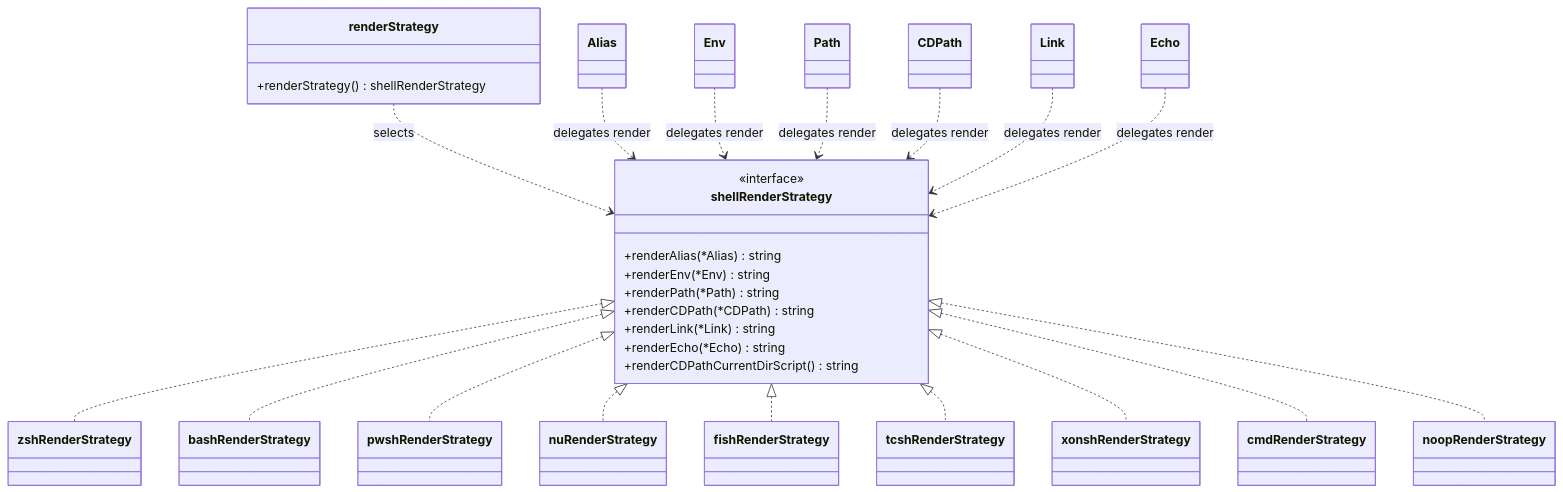
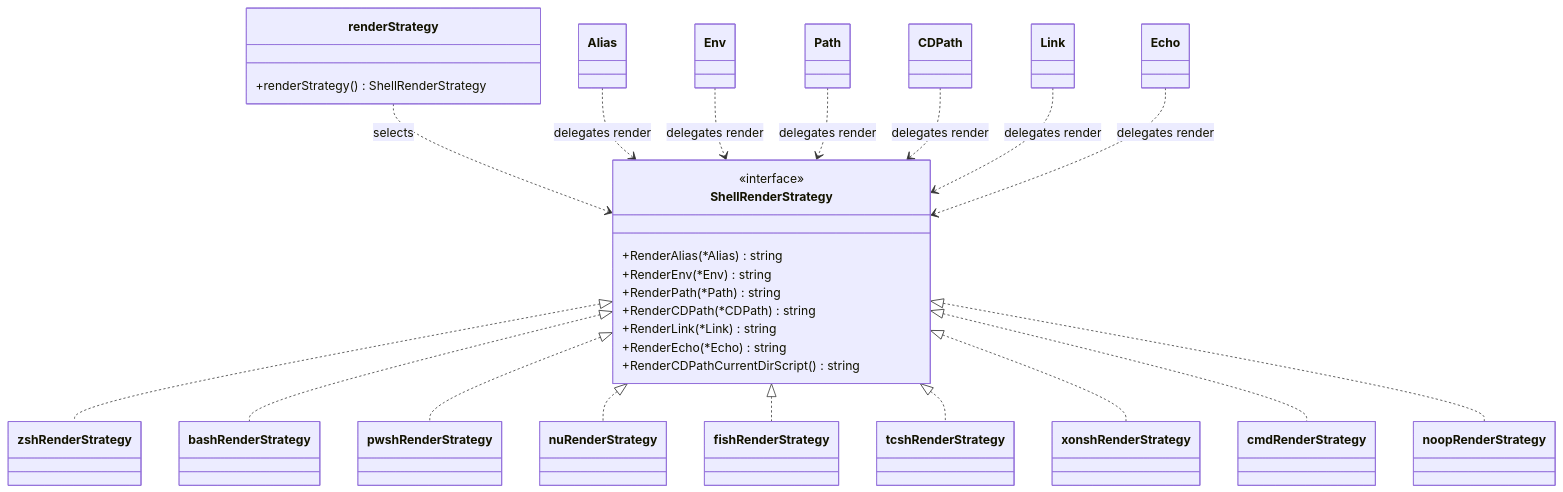
Before and after one commit to trajano/aliae: the first of 2 diagrams in website/docs/introduction.mdx, drawn with Mermaid. The commit also changed other lines of this file and 17 other files, not shown here.

Commit message:
refactor: expose shell render strategy API

````diff
--- a/website/docs/introduction.mdx
+++ b/website/docs/introduction.mdx
@@ -83,52 +83,52 @@
 ```mermaid
 classDiagram
     class renderStrategy {
-      +renderStrategy() shellRenderStrategy
+      +renderStrategy() ShellRenderStrategy
     }
 
-    class shellRenderStrategy {
+    class ShellRenderStrategy {
       <<interface>>
-      +renderAlias(*Alias) string
-      +renderEnv(*Env) string
-      +renderPath(*Path) string
-      +renderCDPath(*CDPath) string
-      +renderLink(*Link) string
-      +renderEcho(*Echo) string
-      +renderCDPathCurrentDirScript() string
+      +RenderAlias(*Alias) string
+      +RenderEnv(*Env) string
+      +RenderPath(*Path) string
+      +RenderCDPath(*CDPath) string
+      +RenderLink(*Link) string
+      +RenderEcho(*Echo) string
+      +RenderCDPathCurrentDirScript() string
     }
 
     class zshRenderStrategy
     class bashRenderStrategy
     class pwshRenderStrategy
     class nuRenderStrategy
     class fishRenderStrategy
     class tcshRenderStrategy
     class xonshRenderStrategy
     class cmdRenderStrategy
     class noopRenderStrategy
 
     class Alias
     class Env
     class Path
     class CDPath
     class Link
     class Echo
 
-    renderStrategy ..> shellRenderStrategy : selects
-    shellRenderStrategy <|.. zshRenderStrategy
-    shellRenderStrategy <|.. bashRenderStrategy
-    shellRenderStrategy <|.. pwshRenderStrategy
-    shellRenderStrategy <|.. nuRenderStrategy
-    shellRenderStrategy <|.. fishRenderStrategy
-    shellRenderStrategy <|.. tcshRenderStrategy
-    shellRenderStrategy <|.. xonshRenderStrategy
-    shellRenderStrategy <|.. cmdRenderStrategy
-    shellRenderStrategy <|.. noopRenderStrategy
+    renderStrategy ..> ShellRenderStrategy : selects
+    ShellRenderStrategy <|.. zshRenderStrategy
+    ShellRenderStrategy <|.. bashRenderStrategy
+    ShellRenderStrategy <|.. pwshRenderStrategy
+    ShellRenderStrategy <|.. nuRenderStrategy
+    ShellRenderStrategy <|.. fishRenderStrategy
+    ShellRenderStrategy <|.. tcshRenderStrategy
+    ShellRenderStrategy <|.. xonshRenderStrategy
+    ShellRenderStrategy <|.. cmdRenderStrategy
+    ShellRenderStrategy <|.. noopRenderStrategy
 
-    Alias ..> shellRenderStrategy : delegates render
-    Env ..> shellRenderStrategy : delegates render
-    Path ..> shellRenderStrategy : delegates render
-    CDPath ..> shellRenderStrategy : delegates render
-    Link ..> shellRenderStrategy : delegates render
-    Echo ..> shellRenderStrategy : delegates render
+    Alias ..> ShellRenderStrategy : delegates render
+    Env ..> ShellRenderStrategy : delegates render
+    Path ..> ShellRenderStrategy : delegates render
+    CDPath ..> ShellRenderStrategy : delegates render
+    Link ..> ShellRenderStrategy : delegates render
+    Echo ..> ShellRenderStrategy : delegates render
 ```
````
